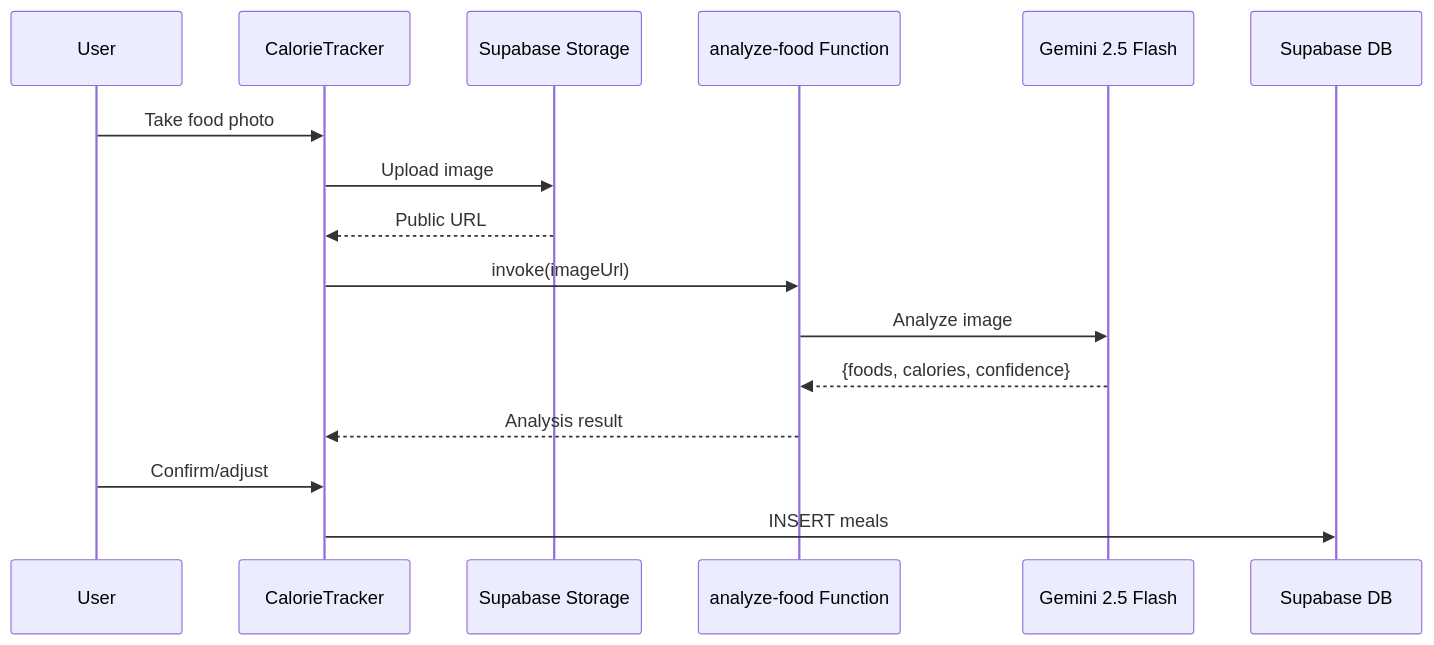
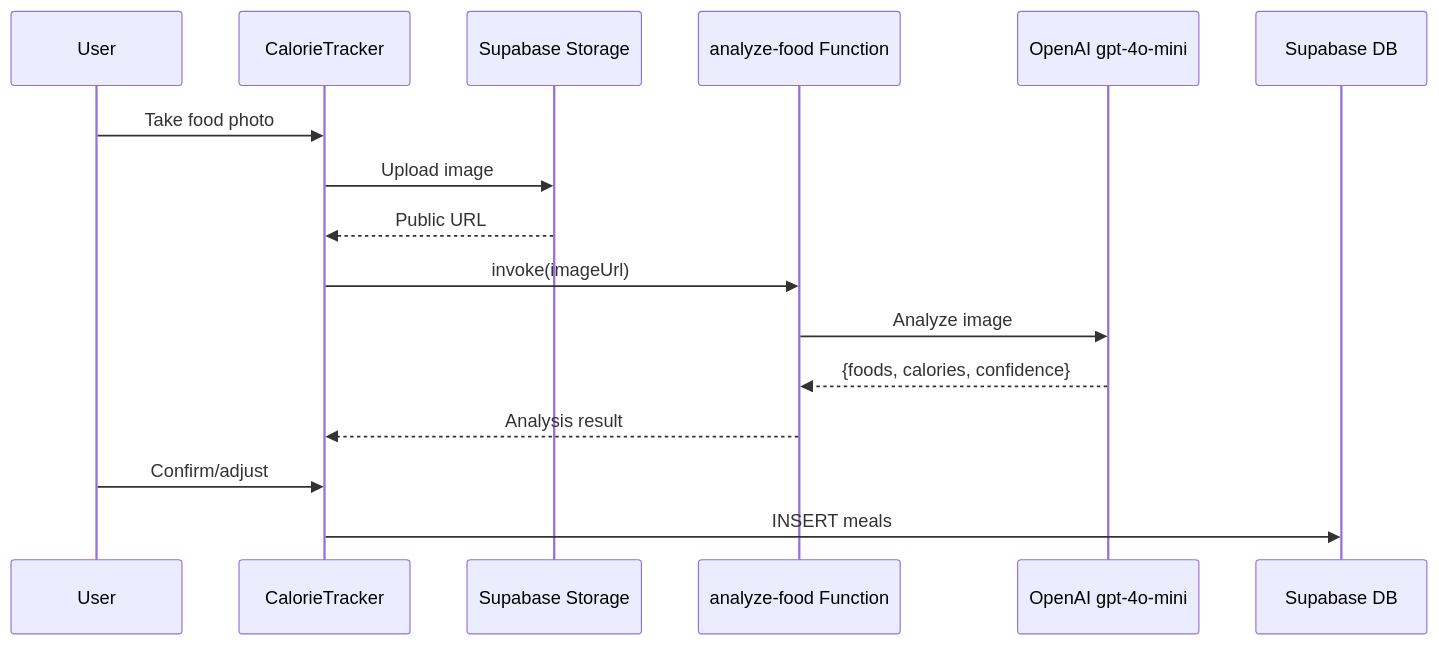
The third of 6 diagrams in README.md (Imdavid21/reptrack), drawn with Mermaid before and after one commit. The commit also changed other lines of this file, not shown here.

````diff
--- a/README.md
+++ b/README.md
@@ -211,19 +229,19 @@
 ```mermaid
 sequenceDiagram
     participant U as User
     participant UI as CalorieTracker
     participant SB as Supabase Storage
     participant EF as analyze-food Function
-    participant AI as Gemini 2.5 Flash
+    participant AI as OpenAI gpt-4o-mini
     participant DB as Supabase DB
 
     U->>UI: Take food photo
     UI->>SB: Upload image
     SB-->>UI: Public URL
     UI->>EF: invoke(imageUrl)
     EF->>AI: Analyze image
     AI-->>EF: {foods, calories, confidence}
     EF-->>UI: Analysis result
     U->>UI: Confirm/adjust
     UI->>DB: INSERT meals
 ```
````
